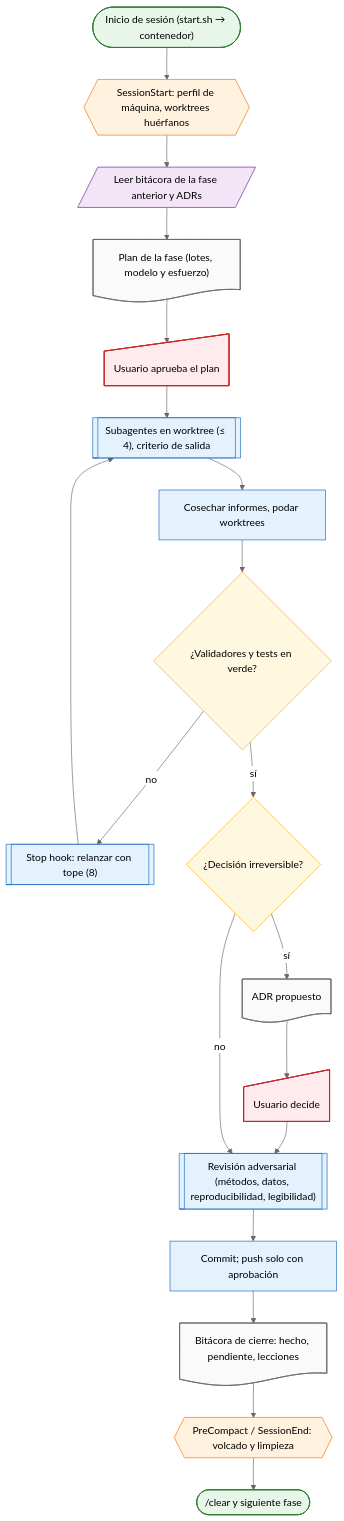
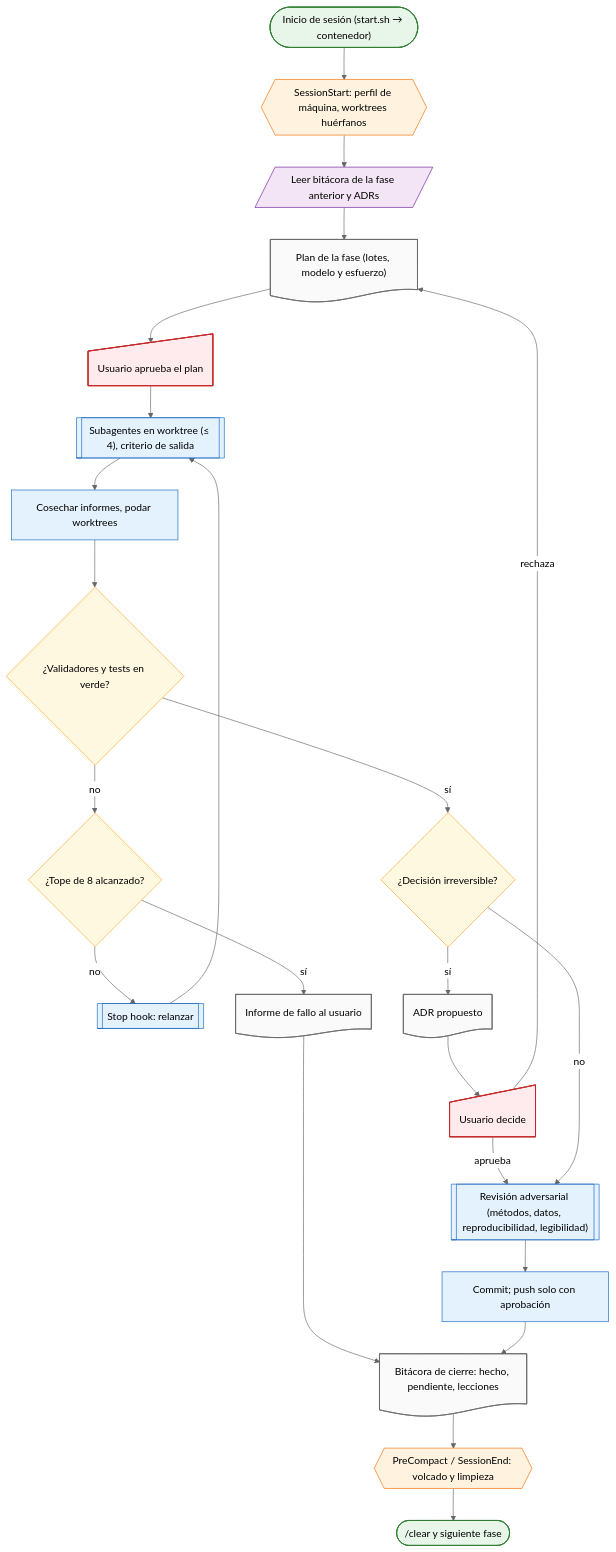
Before and after one commit to tinkuy-qhali/tinkuy-qhali: the diagram in docs/architecture/00-flujo-agentico.md, drawn with Mermaid (neutral theme). The commit also changed other lines of this file and 25 other files, not shown here.

````diff
--- a/docs/architecture/00-flujo-agentico.md
+++ b/docs/architecture/00-flujo-agentico.md
@@ -16,40 +16,46 @@
 ```mermaid
 flowchart TD
     ini@{ shape: stadium, label: "Inicio de sesión (start.sh → contenedor)" }
     perfil@{ shape: hex, label: "SessionStart: perfil de máquina, worktrees huérfanos" }
     leer@{ shape: lean-r, label: "Leer bitácora de la fase anterior y ADRs" }
     plan@{ shape: doc, label: "Plan de la fase (lotes, modelo y esfuerzo)" }
     ok@{ shape: sl-rect, label: "Usuario aprueba el plan" }
     sub@{ shape: subproc, label: "Subagentes en worktree (≤ 4), criterio de salida" }
     cosecha@{ shape: rect, label: "Cosechar informes, podar worktrees" }
     valid@{ shape: diam, label: "¿Validadores y tests en verde?" }
-    stop@{ shape: subproc, label: "Stop hook: relanzar con tope (8)" }
+    stop@{ shape: subproc, label: "Stop hook: relanzar" }
+    tope@{ shape: diam, label: "¿Tope de 8 alcanzado?" }
+    falla@{ shape: doc, label: "Informe de fallo al usuario" }
     irrev@{ shape: diam, label: "¿Decisión irreversible?" }
     adr@{ shape: doc, label: "ADR propuesto" }
     aprueba@{ shape: sl-rect, label: "Usuario decide" }
     adv@{ shape: subproc, label: "Revisión adversarial (métodos, datos, reproducibilidad, legibilidad)" }
     commit@{ shape: rect, label: "Commit; push solo con aprobación" }
     bit@{ shape: doc, label: "Bitácora de cierre: hecho, pendiente, lecciones" }
     pre@{ shape: hex, label: "PreCompact / SessionEnd: volcado y limpieza" }
     clear@{ shape: stadium, label: "/clear y siguiente fase" }
     ini --> perfil --> leer --> plan --> ok --> sub --> cosecha --> valid
-    valid -- no --> stop --> sub
+    valid -- no --> tope
+    tope -- no --> stop --> sub
+    tope -- sí --> falla --> bit
     valid -- sí --> irrev
-    irrev -- sí --> adr --> aprueba --> adv
+    irrev -- sí --> adr --> aprueba
+    aprueba -- aprueba --> adv
+    aprueba -- rechaza --> plan
     irrev -- no --> adv
     adv --> commit --> bit --> pre --> clear
     classDef term fill:#e8f5e9,stroke:#2e7d32,stroke-width:1.5px
     classDef proc fill:#e3f2fd,stroke:#1565c0,stroke-width:1px
     classDef dec fill:#fff8e1,stroke:#f9a825,stroke-width:1px
     classDef data fill:#f3e5f5,stroke:#6a1b9a,stroke-width:1px
     classDef human fill:#ffebee,stroke:#c62828,stroke-width:1.5px
     classDef doc fill:#fafafa,stroke:#616161,stroke-width:1px
     classDef prep fill:#fff3e0,stroke:#ef6c00,stroke-width:1px
     class ini,clear term
     class sub,cosecha,stop,adv,commit proc
-    class valid,irrev dec
+    class valid,irrev,tope dec
     class leer data
     class ok,aprueba human
-    class plan,adr,bit doc
+    class plan,adr,bit,falla doc
     class perfil,pre prep
 ```
````
